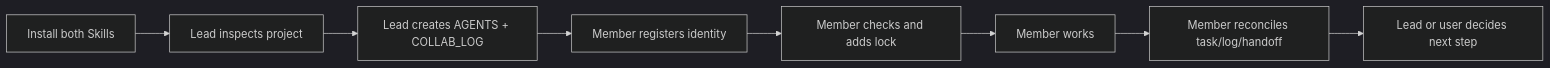
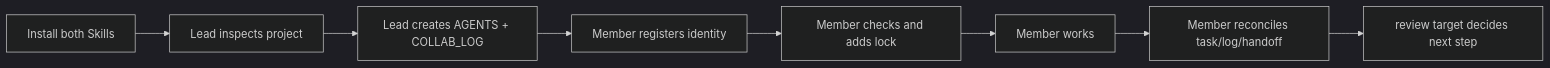
Before and after one commit to Gary06868/remote-agent-collaboration-skills: the diagram in README.md, drawn with Mermaid (dark theme). The commit also changed other lines of this file and 31 other files, not shown here.

````diff
--- a/README.md
+++ b/README.md
@@ -24,10 +24,10 @@
 ```mermaid
 flowchart LR
   A["Install both Skills"] --> B["Lead inspects project"]
   B --> C["Lead creates AGENTS + COLLAB_LOG"]
   C --> D["Member registers identity"]
   D --> E["Member checks and adds lock"]
   E --> F["Member works"]
   F --> G["Member reconciles task/log/handoff"]
-  G --> H["Lead or user decides next step"]
+  G --> H["review target decides next step"]
 ```
````
